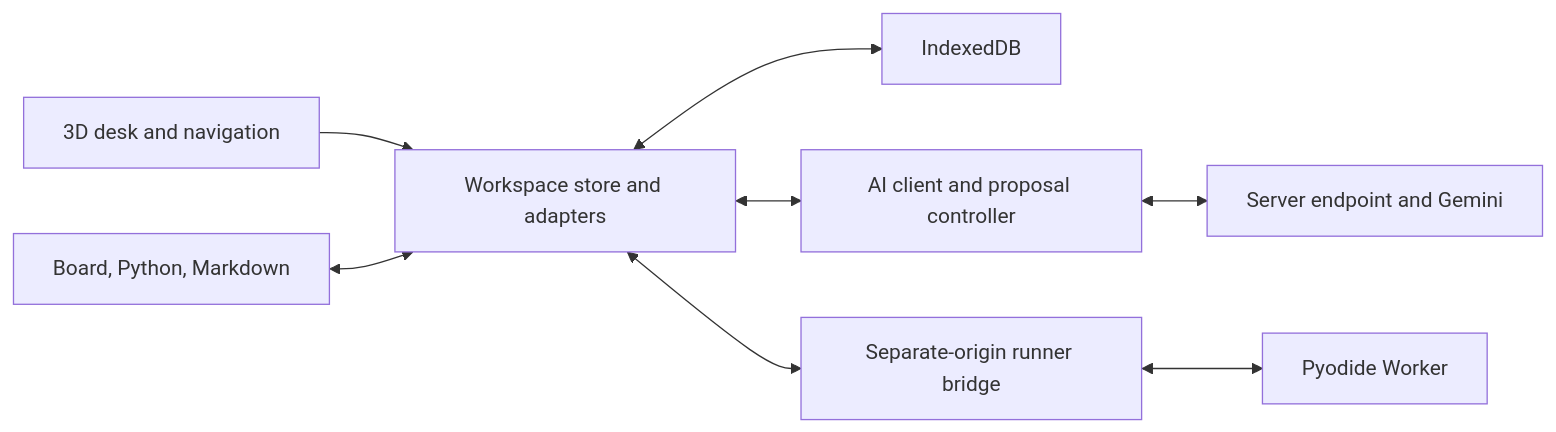
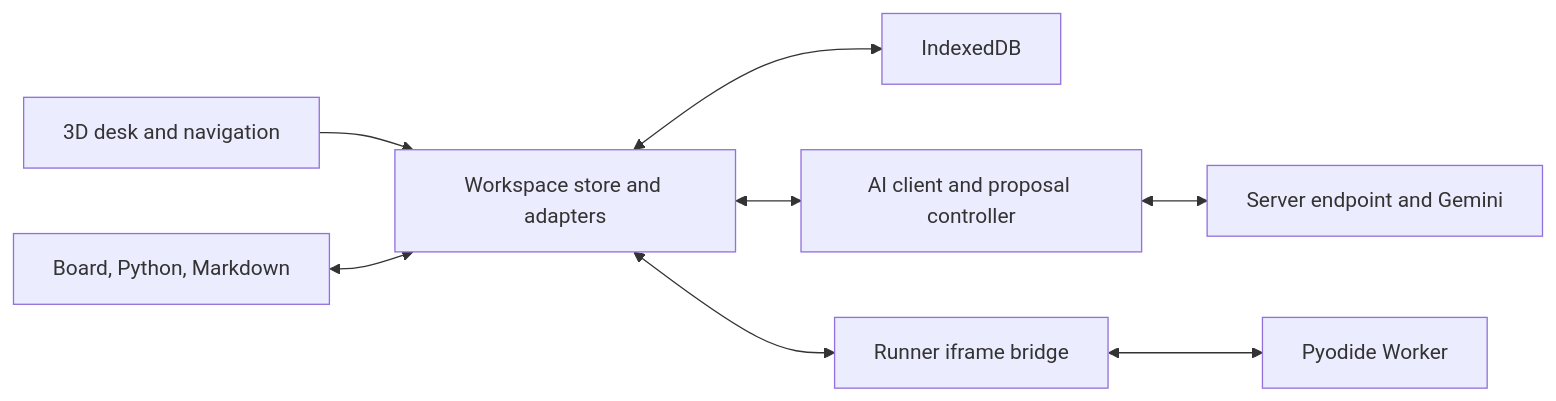
One commit to calvin-www/Ideate changed the diagram in docs/architecture.md. Above: the diagram before and after it, drawn with Mermaid. The commit also changed other lines of this file and 14 other files, not shown here.

````diff
--- a/docs/architecture.md
+++ b/docs/architecture.md
@@ -27,10 +27,10 @@
 ```mermaid
 flowchart LR
     Desk[3D desk and navigation] --> Workspace[Workspace store and adapters]
     Editors[Board, Python, Markdown] <--> Workspace
     Workspace <--> Storage[IndexedDB]
     Workspace <--> Client[AI client and proposal controller]
     Client <--> Server[Server endpoint and Gemini]
-    Workspace <--> Bridge[Separate-origin runner bridge]
+    Workspace <--> Bridge[Runner iframe bridge]
     Bridge <--> Worker[Pyodide Worker]
 ```
````
